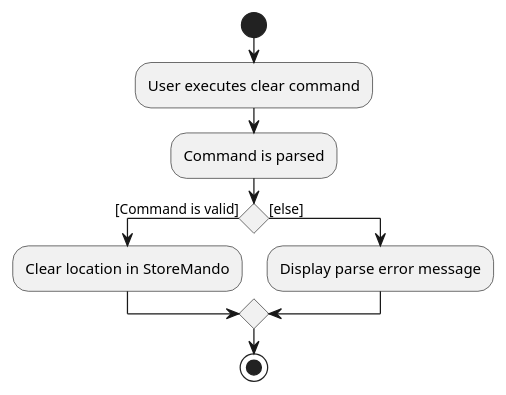
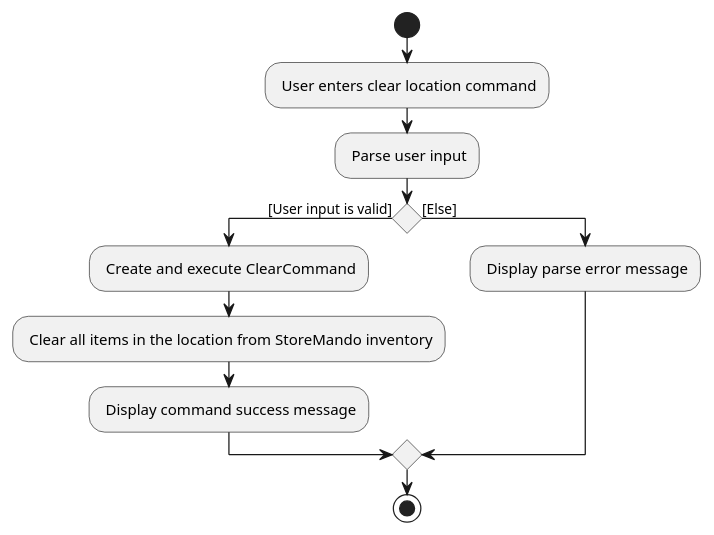
Before and after one commit to nus-cs2103-AY2021S2/tp: the diagram in docs/diagrams/ClearLocationActivityDiagram.puml, drawn with PlantUML. The commit also changed 5 other files, not shown here.

Commit message:
update sequence and activity diagrams

```diff
--- a/docs/diagrams/ClearLocationActivityDiagram.puml
+++ b/docs/diagrams/ClearLocationActivityDiagram.puml
@@ -1,14 +1,16 @@
 @startuml
 start
-:User executes clear command;
-:Command is parsed;
+: User enters clear location command;
+: Parse user input;
 'Since the beta syntax does not support placing the condition outside the
 'diamond we place it as the true branch instead.
 
-if () then ([Command is valid])
-    :Clear location in StoreMando;
-else ([else])
-    :Display parse error message;
+if () then ([User input is valid])
+    : Create and execute ClearCommand;
+    : Clear all items in the location from StoreMando inventory;
+    : Display command success message;
+else ([Else])
+    : Display parse error message;
 endif
 stop
 @enduml
```
